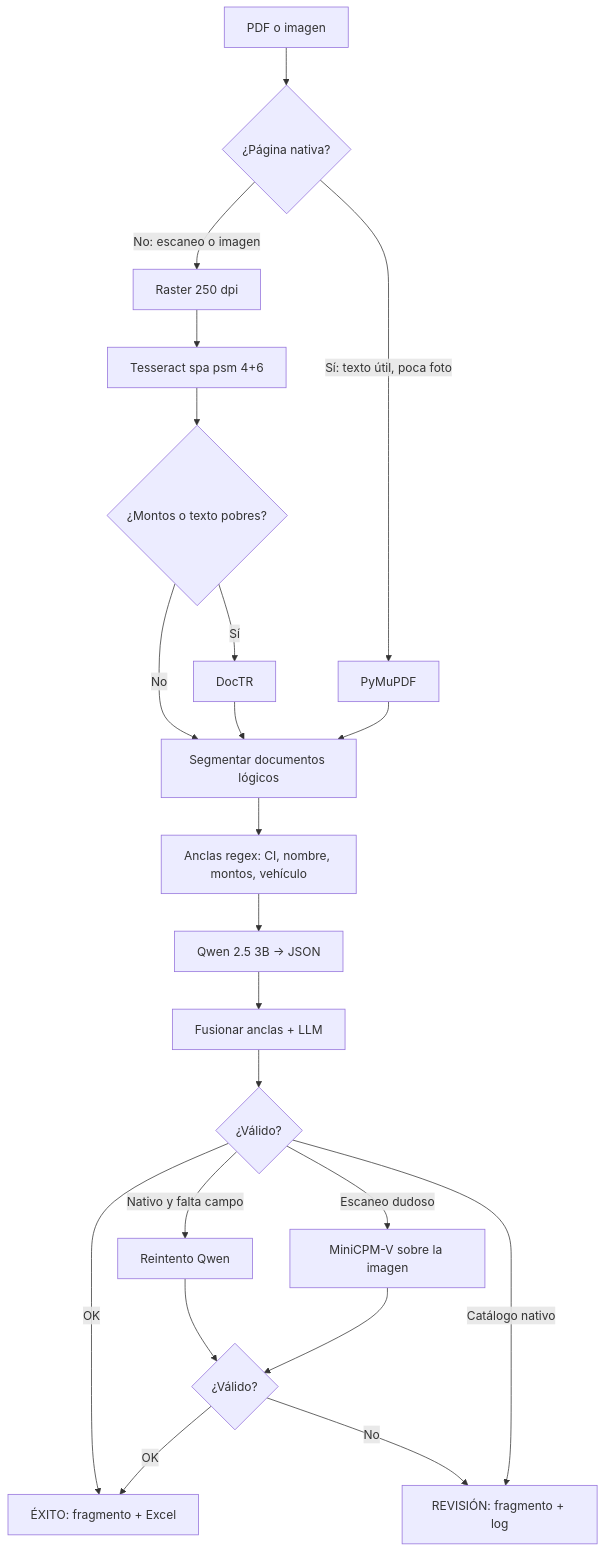
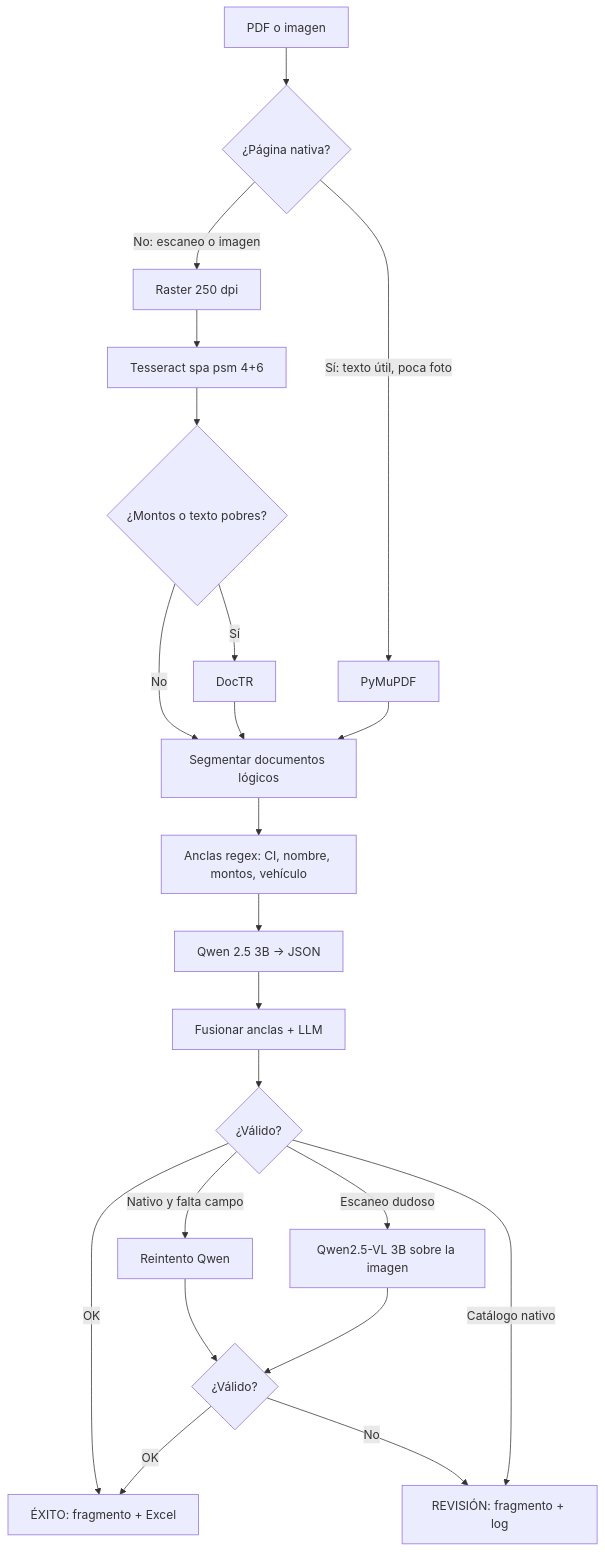
One commit to jose-JQ/manpac changed the second of 3 diagrams in README.md. Above: the diagram before and after it, drawn with Mermaid. The commit also changed other lines of this file and 2 other files, not shown here.

````diff
--- a/README.md
+++ b/README.md
@@ -64,24 +64,24 @@
 ```mermaid
 flowchart TB
     archivo[PDF o imagen] --> nativo{¿Página nativa?}
     nativo -->|Sí: texto útil, poca foto| pymupdf[PyMuPDF]
     nativo -->|No: escaneo o imagen| raster[Raster 250 dpi]
     raster --> tess[Tesseract spa psm 4+6]
     tess --> doctr{¿Montos o texto pobres?}
     doctr -->|Sí| doctrOcr[DocTR]
     doctr -->|No| seg
     doctrOcr --> seg
     pymupdf --> seg[Segmentar documentos lógicos]
     seg --> hechos[Anclas regex: CI, nombre, montos, vehículo]
     hechos --> qwen[Qwen 2.5 3B → JSON]
     qwen --> aplicar[Fusionar anclas + LLM]
     aplicar --> eval{¿Válido?}
     eval -->|Nativo y falta campo| qwen2[Reintento Qwen]
     qwen2 --> eval2{¿Válido?}
-    eval -->|Escaneo dudoso| mini[MiniCPM-V sobre la imagen]
+    eval -->|Escaneo dudoso| mini[Qwen2.5-VL 3B sobre la imagen]
     mini --> eval2
     eval -->|OK| exito
     eval2 -->|OK| exito[ÉXITO: fragmento + Excel]
     eval2 -->|No| rev[REVISIÓN: fragmento + log]
     eval -->|Catálogo nativo| rev
 ```
````
